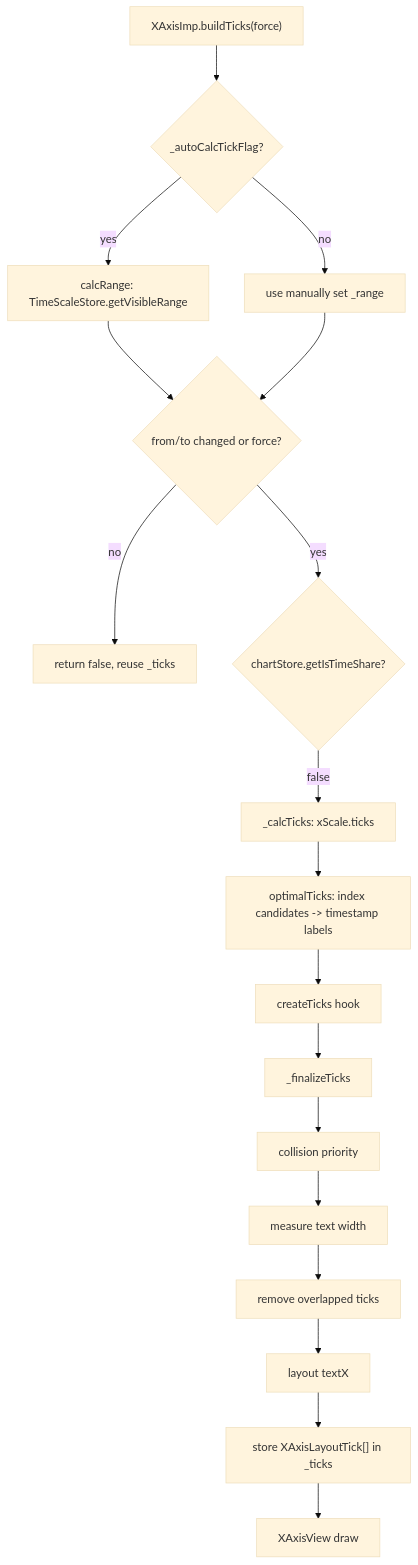
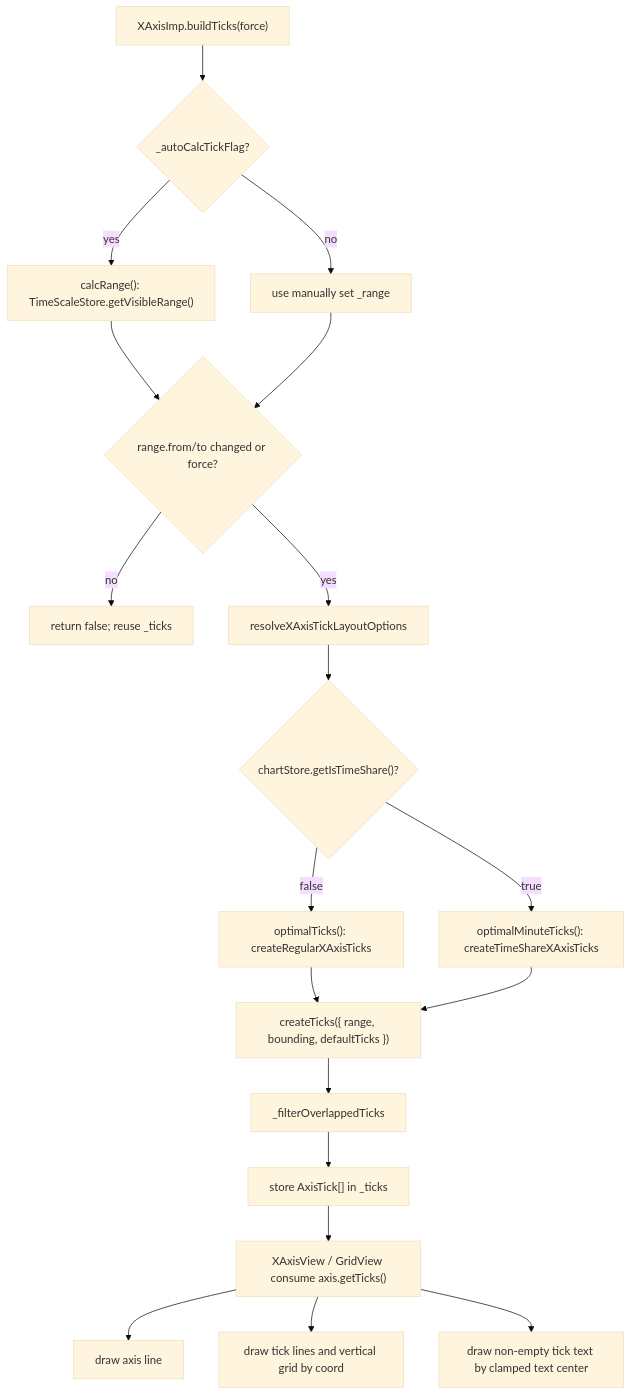
Before and after one commit to pre1ude/KLineChart: the first of 5 diagrams in readme.md, drawn with Mermaid (base theme). The commit also changed other lines of this file, not shown here.

````diff
--- a/readme.md
+++ b/readme.md
@@ -15,20 +16,23 @@
 ```mermaid
 flowchart TD
   A["XAxisImp.buildTicks(force)"] --> B{"_autoCalcTickFlag?"}
-  B -->|yes| C["calcRange: TimeScaleStore.getVisibleRange"]
+  B -->|yes| C["calcRange(): TimeScaleStore.getVisibleRange()"]
   B -->|no| D["use manually set _range"]
-  C --> E{"from/to changed or force?"}
+  C --> E{"range.from/to changed or force?"}
   D --> E
-  E -->|no| Z["return false, reuse _ticks"]
-  E -->|yes| F{"chartStore.getIsTimeShare?"}
-  F -->|false| G["_calcTicks: xScale.ticks"]
-  G --> H["optimalTicks: index candidates -> timestamp labels"]
-  H --> I["createTicks hook"]
-  I --> J["_finalizeTicks"]
-  J --> K["collision priority"]
-  K --> L["measure text width"]
-  L --> M["remove overlapped ticks"]
-  M --> N["layout textX"]
-  N --> O["store XAxisLayoutTick[] in _ticks"]
-  O --> P["XAxisView draw"]
+  E -->|no| Z["return false; reuse _ticks"]
+  E -->|yes| F["resolveXAxisTickLayoutOptions"]
+  F --> G{"chartStore.getIsTimeShare()?"}
+
+  G -->|false| R["optimalTicks(): createRegularXAxisTicks"]
+  G -->|true| T["optimalMinuteTicks(): createTimeShareXAxisTicks"]
+
+  R --> H["createTicks({ range, bounding, defaultTicks })"]
+  T --> H
+  H --> I["_filterOverlappedTicks"]
+  I --> J["store AxisTick[] in _ticks"]
+  J --> K["XAxisView / GridView consume axis.getTicks()"]
+  K --> L["draw axis line"]
+  K --> M["draw tick lines and vertical grid by coord"]
+  K --> N["draw non-empty tick text by clamped text center"]
 ```
````
